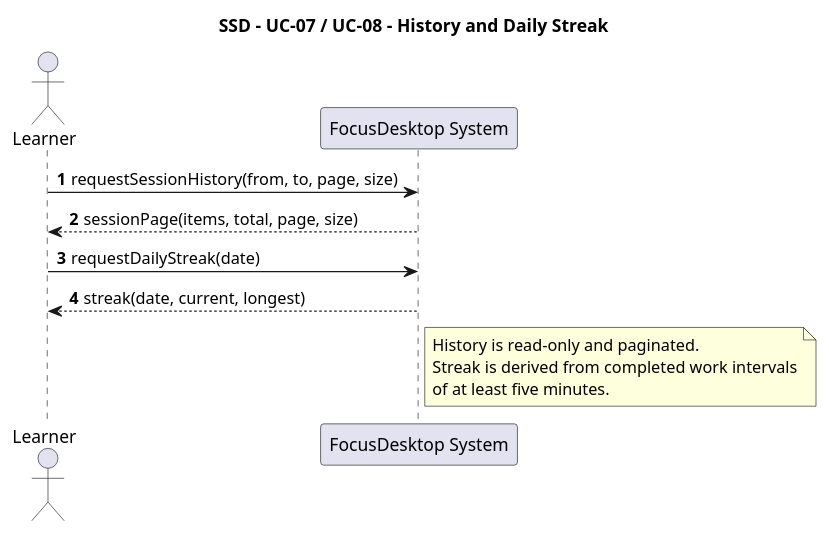
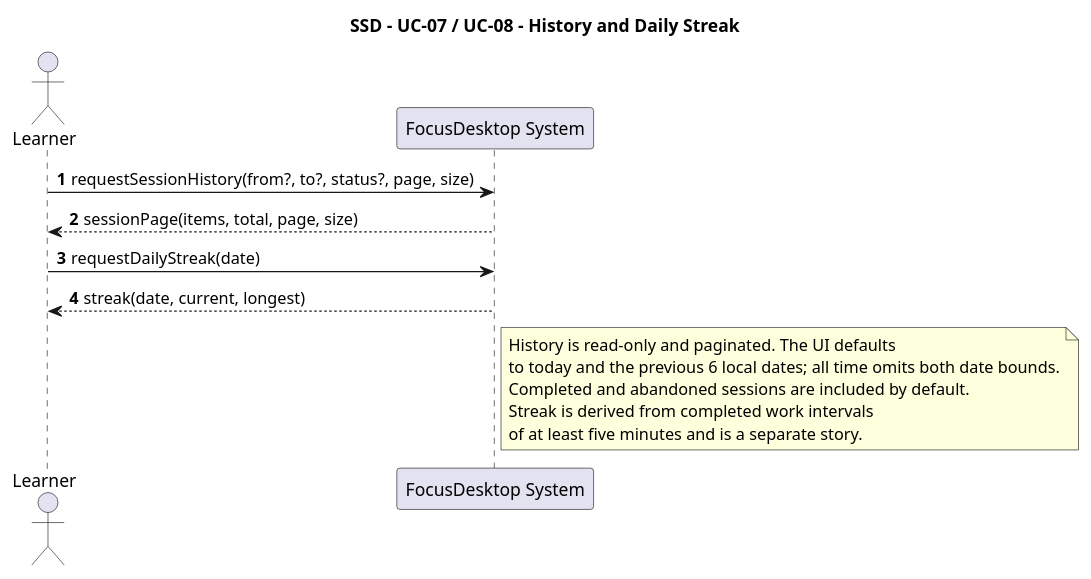
One commit to MiguelRibeiro1210/Focus-and-Study-Tracking changed the diagram in docs/SSD/SSD_HistoryAndStreak.puml. Above: the diagram before and after it, drawn with PlantUML. The commit also changed 16 other files, not shown here.

First line of the commit message:
docs: document session project names and history query design

```diff
--- a/docs/SSD/SSD_HistoryAndStreak.puml
+++ b/docs/SSD/SSD_HistoryAndStreak.puml
@@ -1,20 +1,22 @@
 @startuml
 title SSD - UC-07 / UC-08 - History and Daily Streak
 
 autonumber
 actor Learner
 participant "FocusDesktop System" as System
 
-Learner -> System : requestSessionHistory(from, to, page, size)
+Learner -> System : requestSessionHistory(from?, to?, status?, page, size)
 System --> Learner : sessionPage(items, total, page, size)
 
 Learner -> System : requestDailyStreak(date)
 System --> Learner : streak(date, current, longest)
 
 note right of System
-  History is read-only and paginated.
+  History is read-only and paginated. The UI defaults
+  to today and the previous 6 local dates; all time omits both date bounds.
+  Completed and abandoned sessions are included by default.
   Streak is derived from completed work intervals
-  of at least five minutes.
+  of at least five minutes and is a separate story.
 end note
 
 @enduml
```
